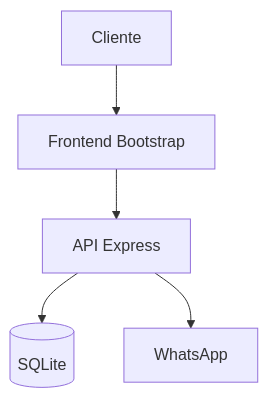
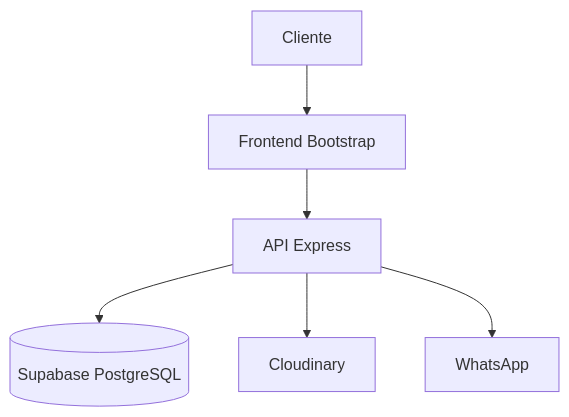
One commit to nariascataldi/controlZapas changed the first of 3 diagrams in README.md. Above: the diagram before and after it, drawn with Mermaid. The commit also changed other lines of this file and 3 other files, not shown here.

````diff
--- a/README.md
+++ b/README.md
@@ -16,7 +18,8 @@
 ```mermaid
 graph TD
     A[Cliente] --> B[Frontend Bootstrap]
     B --> C[API Express]
-    C --> D[(SQLite)]
-    C --> E[WhatsApp]
+    C --> D[(Supabase PostgreSQL)]
+    C --> E[Cloudinary]
+    C --> F[WhatsApp]
 ```
````
